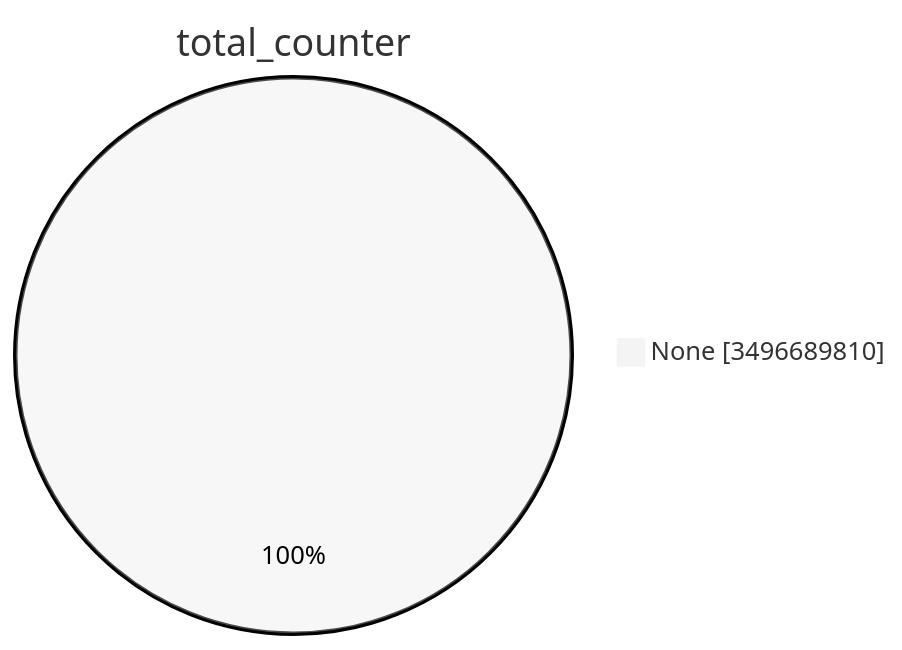
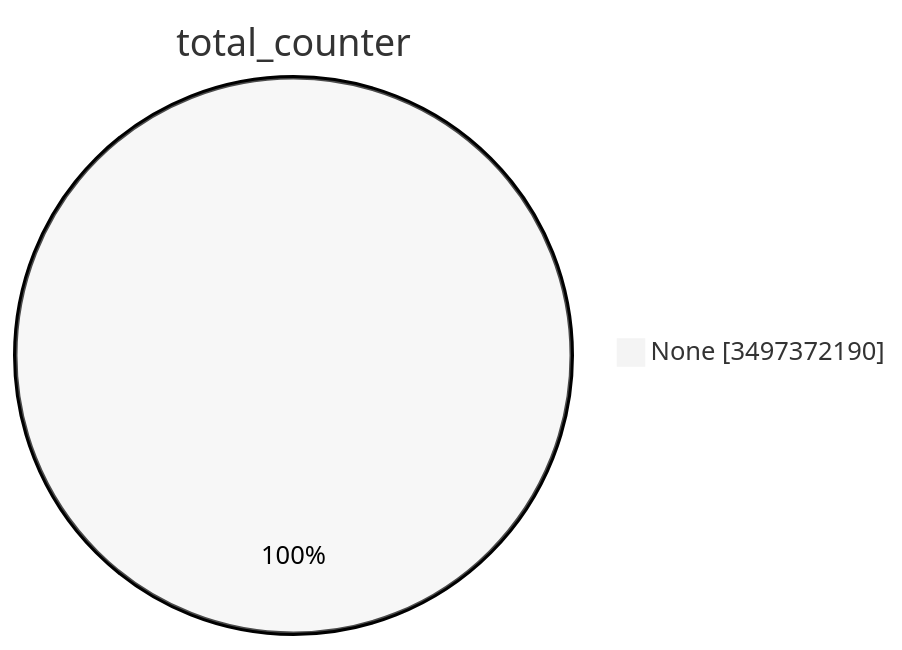
The first of 15 diagrams in TOTAL/README.md (christiankrug/ctmonitor_visualization), drawn with Mermaid (neutral theme) before and after one commit. The commit also changed other lines of this file, not shown here.

````diff
--- a/TOTAL/README.md
+++ b/TOTAL/README.md
@@ -1,5 +1,5 @@
 ```mermaid
 pie showData
 title total_counter
-"None" :3496689810
+"None" :3497372190
 ```
````
